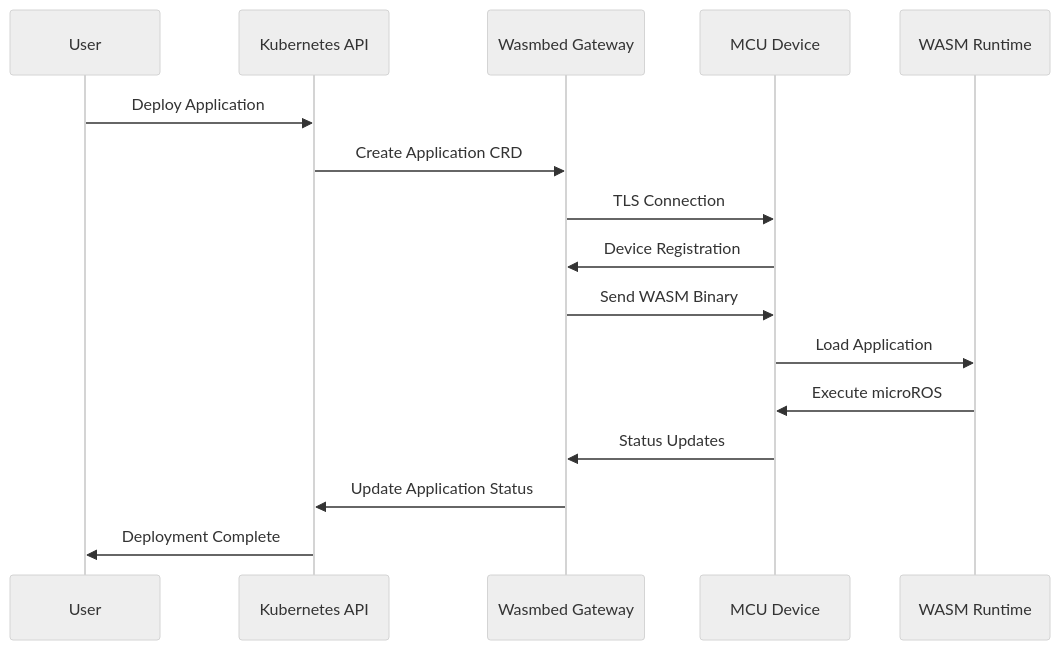
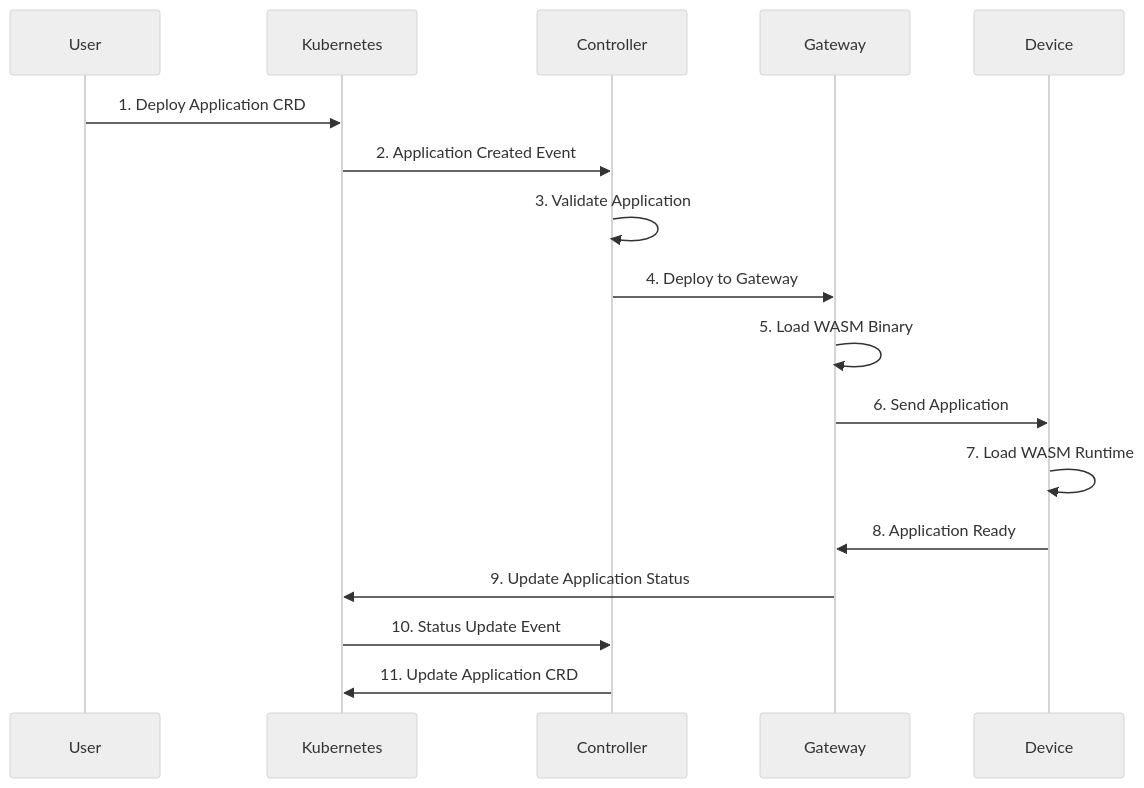
The third of 4 diagrams in README.md (lucadagati/retrospect), drawn with Mermaid (neutral theme) before and after one commit. The commit also changed other lines of this file and 132 other files, not shown here.

First line of the commit message:
Complete documentation overhaul with Mermaid diagrams

````diff
--- a/README.md
+++ b/README.md
@@ -80,19 +130,20 @@
 ```mermaid
 sequenceDiagram
-    participant User
-    participant K8S as Kubernetes API
-    participant GW as Wasmbed Gateway
-    participant MCU as MCU Device
-    participant WASM as WASM Runtime
+    participant U as User
+    participant K as Kubernetes
+    participant C as Controller
+    participant G as Gateway
+    participant D as Device
     
-    User->>K8S: Deploy Application
-    K8S->>GW: Create Application CRD
-    GW->>MCU: TLS Connection
-    MCU->>GW: Device Registration
-    GW->>MCU: Send WASM Binary
-    MCU->>WASM: Load Application
-    WASM->>MCU: Execute microROS
-    MCU->>GW: Status Updates
-    GW->>K8S: Update Application Status
-    K8S->>User: Deployment Complete
+    U->>K: 1. Deploy Application CRD
+    K->>C: 2. Application Created Event
+    C->>C: 3. Validate Application
+    C->>G: 4. Deploy to Gateway
+    G->>G: 5. Load WASM Binary
+    G->>D: 6. Send Application
+    D->>D: 7. Load WASM Runtime
+    D->>G: 8. Application Ready
+    G->>K: 9. Update Application Status
+    K->>C: 10. Status Update Event
+    C->>K: 11. Update Application CRD
 ```
````
